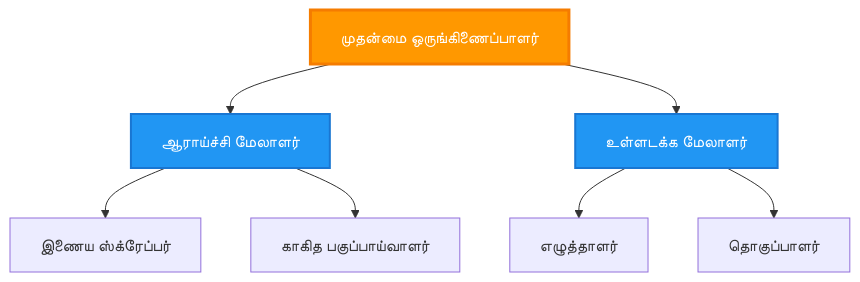
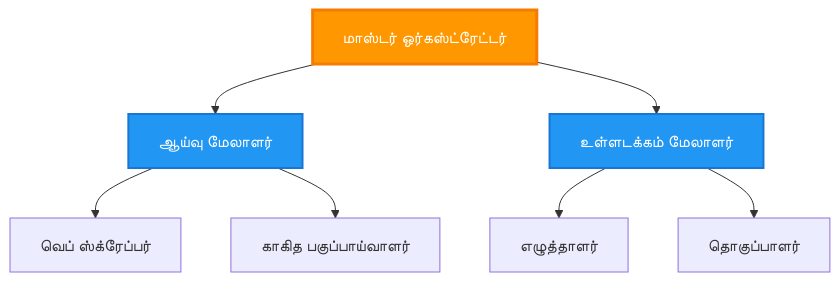
The second of 5 diagrams in translations/ta/docs/chapter-06-pre-deployment/coordination-patterns.md (microsoft/AZD-for-beginners), drawn with Mermaid before and after one commit. The commit also changed other lines of this file and 101 other files, not shown here.

````diff
--- a/translations/ta/docs/chapter-06-pre-deployment/coordination-patterns.md
+++ b/translations/ta/docs/chapter-06-pre-deployment/coordination-patterns.md
@@ -150,21 +143,21 @@
 ```mermaid
 graph TB
-    Master[முதன்மை ஒருங்கிணைப்பாளர்]
-    Manager1[ஆராய்ச்சி மேலாளர்]
-    Manager2[உள்ளடக்க மேலாளர்]
-    W1[இணைய ஸ்க்ரேப்பர்]
+    Master[மாஸ்டர் ஒர்கஸ்ட்ரேட்டர்]
+    Manager1[ஆய்வு மேலாளர்]
+    Manager2[உள்ளடக்கம் மேலாளர்]
+    W1[வெப் ஸ்க்ரேப்பர்]
     W2[காகித பகுப்பாய்வாளர்]
     W3[எழுத்தாளர்]
     W4[தொகுப்பாளர்]
     
     Master --> Manager1
     Master --> Manager2
     Manager1 --> W1
     Manager1 --> W2
     Manager2 --> W3
     Manager2 --> W4
     
     style Master fill:#FF9800,stroke:#F57C00,stroke-width:3px,color:#fff
     style Manager1 fill:#2196F3,stroke:#1976D2,stroke-width:2px,color:#fff
     style Manager2 fill:#2196F3,stroke:#1976D2,stroke-width:2px,color:#fff
 ```
````
